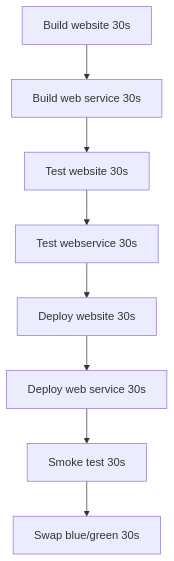
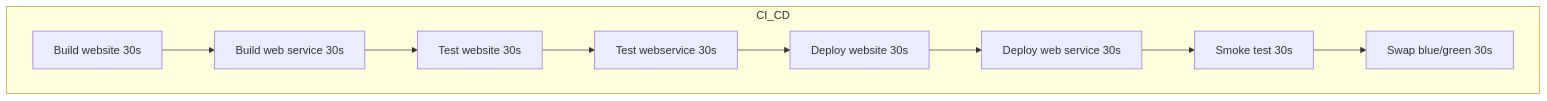
Before and after one commit to samsmithnz/ParallelPipelinesDemo: the first of 2 diagrams in README.md, drawn with Mermaid.

````diff
--- a/README.md
+++ b/README.md
@@ -5,4 +5,6 @@
 ```mermaid
   graph TD;
-      buildweb[Build website 30s]-->buildwebservice[Build web service 30s]-->testWebsite[Test website 30s]-->testsWebservice[Test webservice 30s]-->deployWebsite[Deploy website 30s]-->deployWebService[Deploy web service 30s]-->smoke[Smoke test 30s]-->swap[Swap blue/green 30s];
+      subgraph CI_CD
+        buildweb[Build website 30s]-->buildwebservice[Build web service 30s]-->testWebsite[Test website 30s]-->testsWebservice[Test webservice 30s]-->deployWebsite[Deploy website 30s]-->deployWebService[Deploy web service 30s]-->smoke[Smoke test 30s]-->swap[Swap blue/green 30s];
+      end
 ```
````
